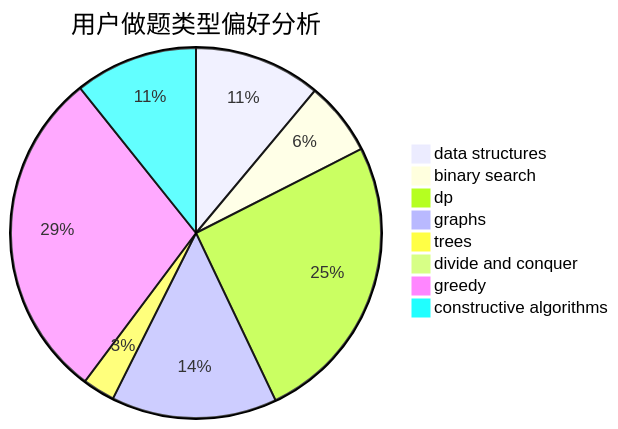
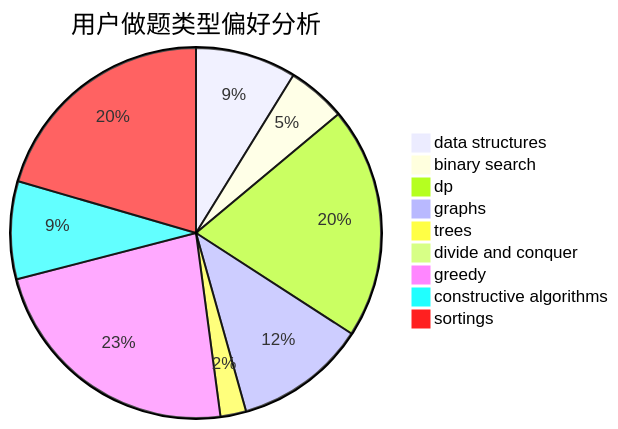
The second of 3 diagrams in docs/user/u551.md (sherpahu/cfrs.github.io), drawn with Mermaid before and after one commit. The commit also changed other lines of this file and 2769 other files, not shown here.

````diff
--- a/docs/user/u551.md
+++ b/docs/user/u551.md
@@ -23,11 +18,12 @@
 ```mermaid
 pie title 用户做题类型偏好分析
     "data structures" :  98
     "binary search" :  57
     "dp" :  225
     "graphs" :  128
     "trees" :  25
     "divide and conquer" :  0
     "greedy" :  257
     "constructive algorithms" :  95
+    "sortings" :  228
 ```
````
